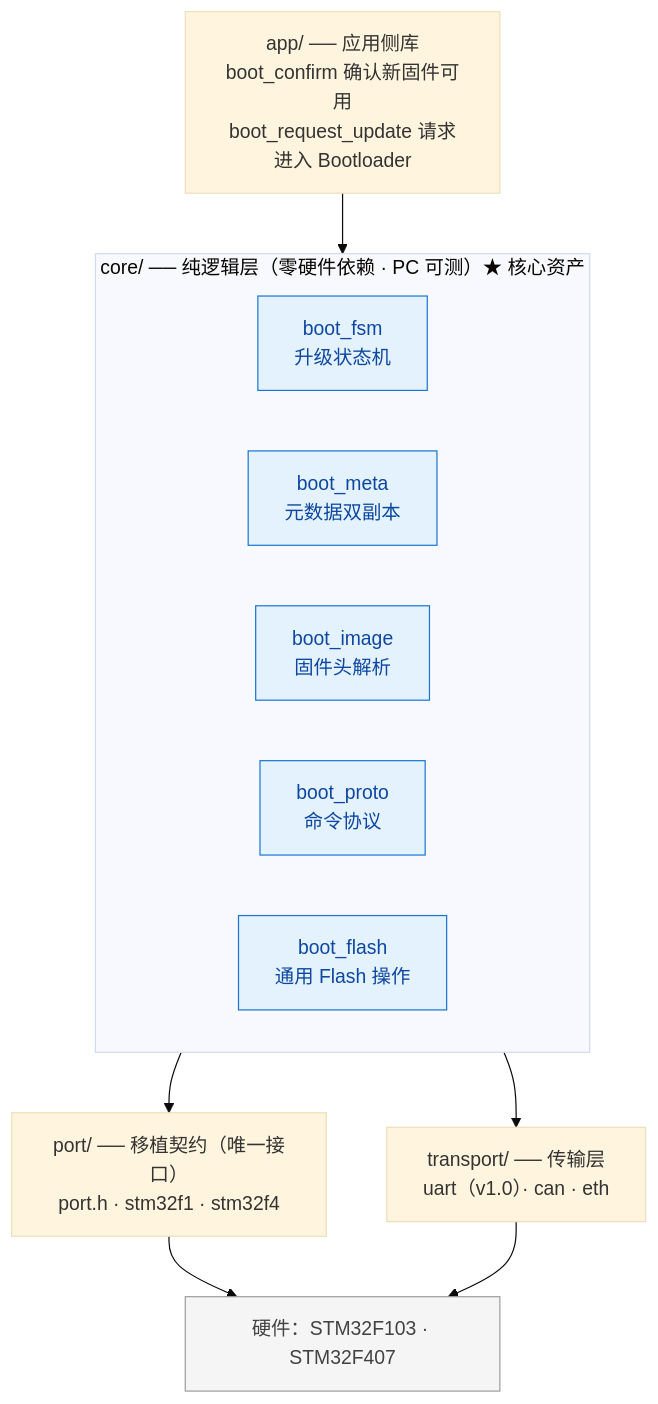
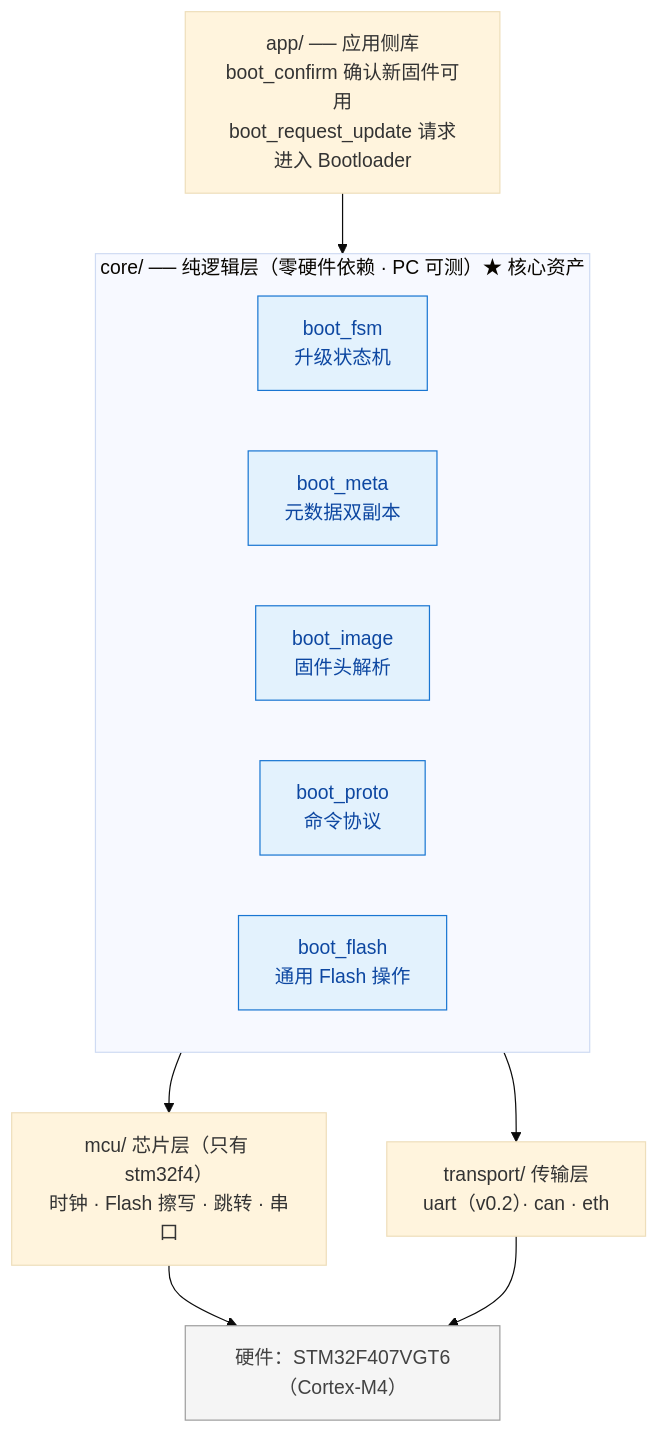
One commit to 1duck-duck1/cortex-m-ota-boot changed the first of 2 diagrams in docs/01-architecture.md. Above: the diagram before and after it, drawn with Mermaid (base theme). The commit also changed other lines of this file and 9 other files, not shown here.

````diff
--- a/docs/01-architecture.md
+++ b/docs/01-architecture.md
@@ -39,28 +39,28 @@
 ```mermaid
 flowchart TD
     APP["app/ ── 应用侧库<br/>boot_confirm 确认新固件可用<br/>boot_request_update 请求进入 Bootloader"]
 
     subgraph CORE["core/ ── 纯逻辑层（零硬件依赖 · PC 可测）★ 核心资产"]
         direction LR
         C1["boot_fsm<br/>升级状态机"]
         C2["boot_meta<br/>元数据双副本"]
         C3["boot_image<br/>固件头解析"]
         C4["boot_proto<br/>命令协议"]
         C5["boot_flash<br/>通用 Flash 操作"]
     end
 
-    PORT["port/ ── 移植契约（唯一接口）<br/>port.h · stm32f1 · stm32f4"]
-    TRAN["transport/ ── 传输层<br/>uart（v1.0）· can · eth"]
-    HW["硬件：STM32F103 · STM32F407"]
+    MCU["mcu/ 芯片层（只有 stm32f4）<br/>时钟 · Flash 擦写 · 跳转 · 串口"]
+    TRAN["transport/ 传输层<br/>uart（v0.2）· can · eth"]
+    HW["硬件：STM32F407VGT6（Cortex-M4）"]
 
     APP --> CORE
-    CORE --> PORT
+    CORE --> MCU
     CORE --> TRAN
-    PORT --> HW
+    MCU --> HW
     TRAN --> HW
 
     classDef core fill:#e3f2fd,stroke:#1976d2,color:#0d47a1
     classDef hw fill:#f5f5f5,stroke:#9e9e9e,color:#424242
     class C1,C2,C3,C4,C5 core
     class HW hw
 ```
````
